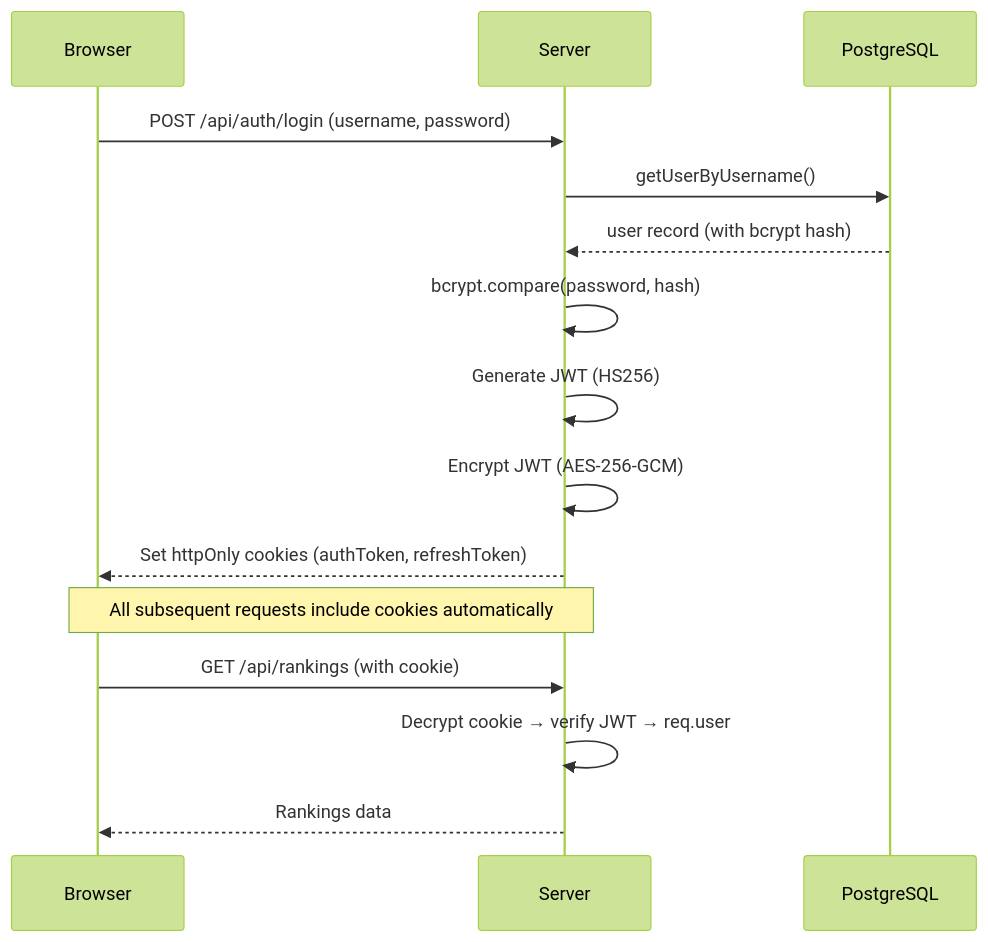
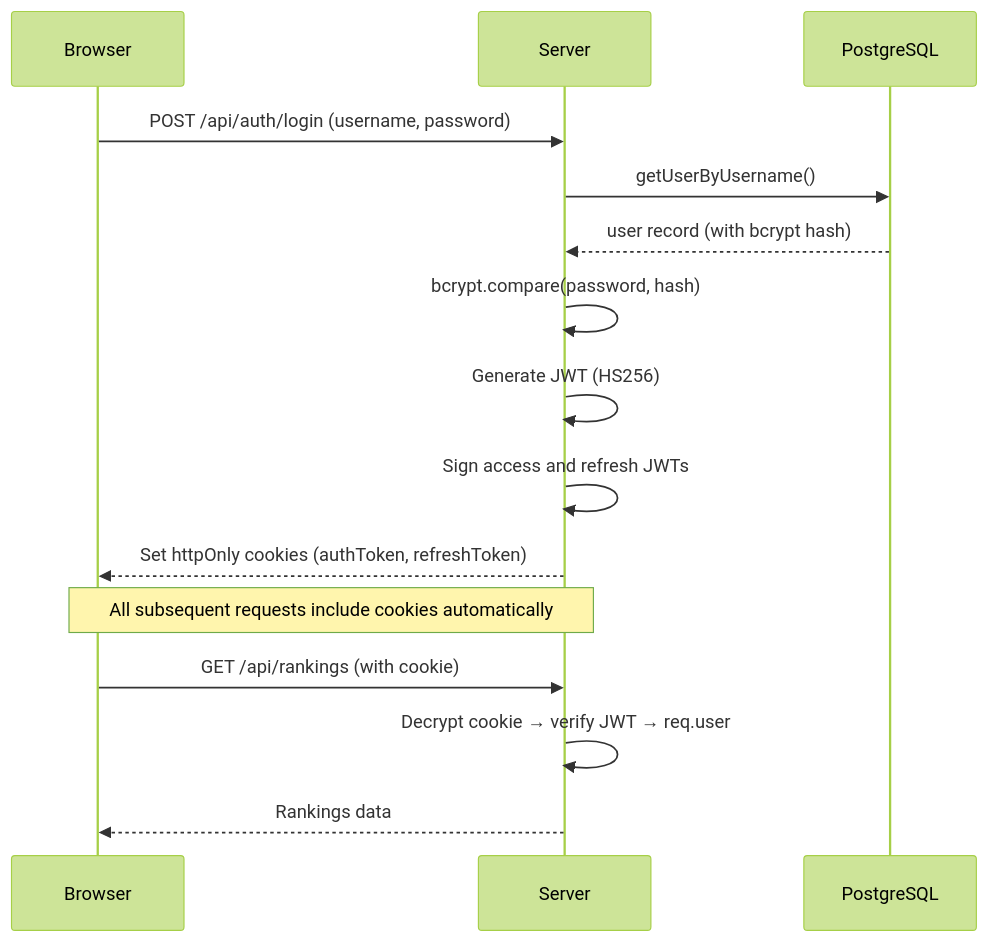
Before and after one commit to cauvang32/tennisranking: the second of 3 diagrams in docs/architecture.md, drawn with Mermaid (forest theme). The commit also changed other lines of this file and 43 other files, not shown here.

````diff
--- a/docs/architecture.md
+++ b/docs/architecture.md
@@ -113,19 +113,19 @@
 ```mermaid
 sequenceDiagram
     participant C as Browser
     participant S as Server
     participant DB as PostgreSQL
 
     C->>S: POST /api/auth/login (username, password)
     S->>DB: getUserByUsername()
     DB-->>S: user record (with bcrypt hash)
     S->>S: bcrypt.compare(password, hash)
     S->>S: Generate JWT (HS256)
-    S->>S: Encrypt JWT (AES-256-GCM)
+    S->>S: Sign access and refresh JWTs
     S-->>C: Set httpOnly cookies (authToken, refreshToken)
     Note over C,S: All subsequent requests include cookies automatically
 
     C->>S: GET /api/rankings (with cookie)
     S->>S: Decrypt cookie → verify JWT → req.user
     S-->>C: Rankings data
 ```
````
